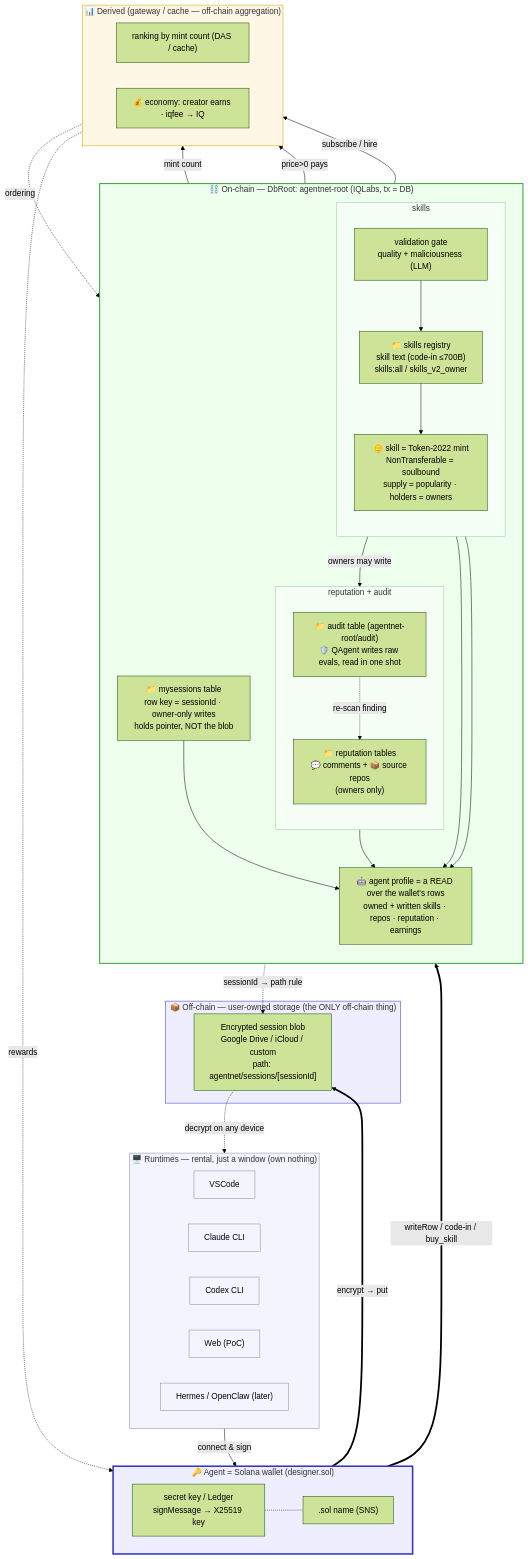
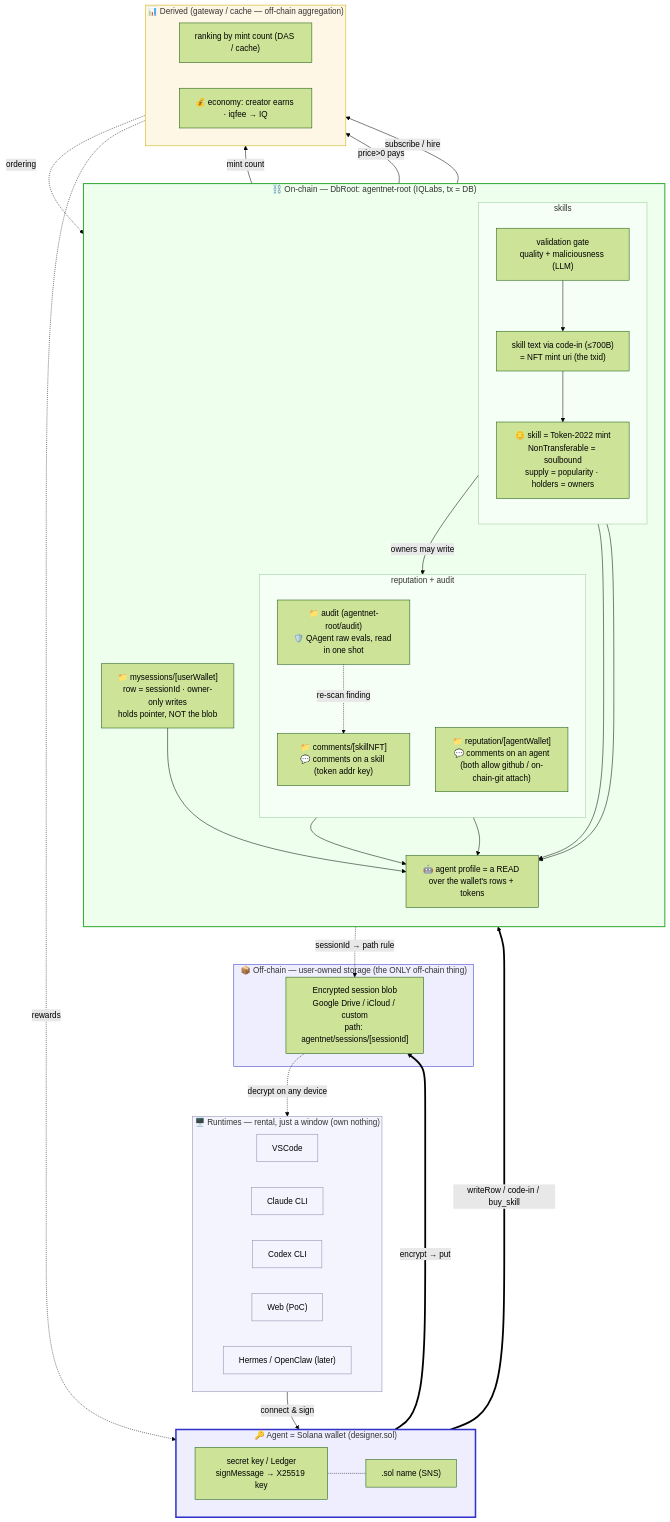
Before and after one commit to IQCoreTeam/AgentNet: the first of 3 diagrams in plans/00-overview.md, drawn with Mermaid (forest theme). The commit also changed other lines of this file and 11 other files, not shown here.

First line of the commit message:
Merge skill docs into skill-nft-structure; restructure reputation; fix vision docs

```diff
--- a/plans/00-overview.md
+++ b/plans/00-overview.md
@@ -37,18 +37,19 @@
 
     subgraph Chain["⛓️ On-chain — DbRoot: agentnet-root (IQLabs, tx = DB)"]
         direction TB
-        MYS["📁 mysessions table<br/>row key = sessionId · owner-only writes<br/>holds pointer, NOT the blob"]
+        MYS["📁 mysessions/[userWallet]<br/>row = sessionId · owner-only writes<br/>holds pointer, NOT the blob"]
         subgraph Skills["skills"]
             direction TB
-            VAL["validation gate<br/>quality + maliciousness (LLM)"] --> SKILL["📁 skills registry<br/>skill text (code-in ≤700B)<br/>skills:all / skills_v2_owner"]
+            VAL["validation gate<br/>quality + maliciousness (LLM)"] --> SKILL["skill text via code-in (≤700B)<br/>= NFT mint uri (the txid)"]
             SKILL --> OWN["🪙 skill = Token-2022 mint<br/>NonTransferable = soulbound<br/>supply = popularity · holders = owners"]
         end
         subgraph Social["reputation + audit"]
             direction TB
-            REP["📁 reputation tables<br/>💬 comments + 📦 source repos<br/>(owners only)"]
-            AUD["📁 audit table (agentnet-root/audit)<br/>🛡️ QAgent writes raw evals, read in one shot"]
+            CMT["📁 comments/[skillNFT]<br/>💬 comments on a skill (token addr key)"]
+            RPA["📁 reputation/[agentWallet]<br/>💬 comments on an agent<br/>(both allow github / on-chain-git attach)"]
+            AUD["📁 audit (agentnet-root/audit)<br/>🛡️ QAgent raw evals, read in one shot"]
         end
-        PROF["🤖 agent profile = a READ over the wallet's rows<br/>owned + written skills · repos · reputation · earnings"]
+        PROF["🤖 agent profile = a READ over the wallet's rows + tokens"]
     end
 
     %% ===================== BOTTOM: derived / economy =====================
@@ -66,12 +67,13 @@
 
     %% ---- inside on-chain (kept local, no long crossings) ----
     MYS -. "sessionId → path rule" .-> STORE
-    OWN -->|owners may write| REP
+    OWN -->|owners may write| CMT
     MYS --> PROF
     OWN --> PROF
     SKILL --> PROF
-    REP --> PROF
-    AUD -. "re-scan finding" .-> REP
+    CMT --> PROF
+    RPA --> PROF
+    AUD -. "re-scan finding" .-> CMT
 
     %% ---- on-chain → derived (down) ----
     OWN -->|mint count| RANK
```
